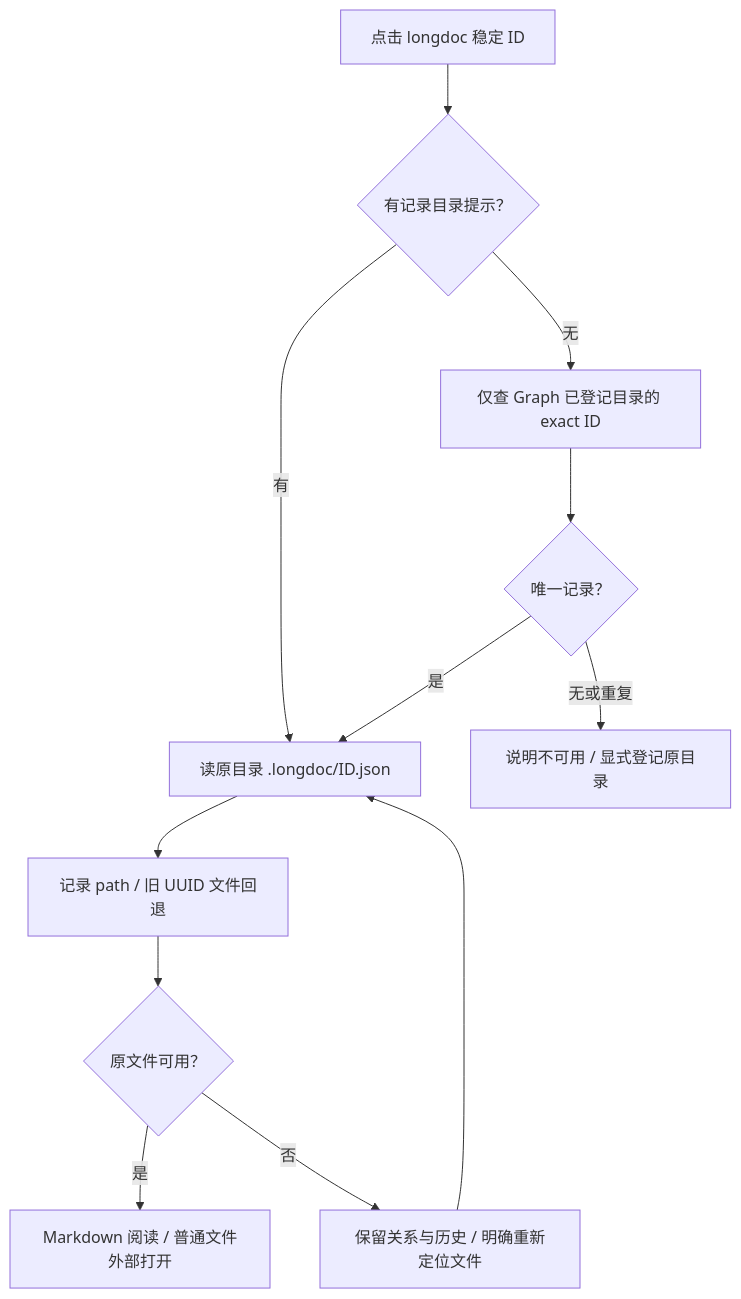
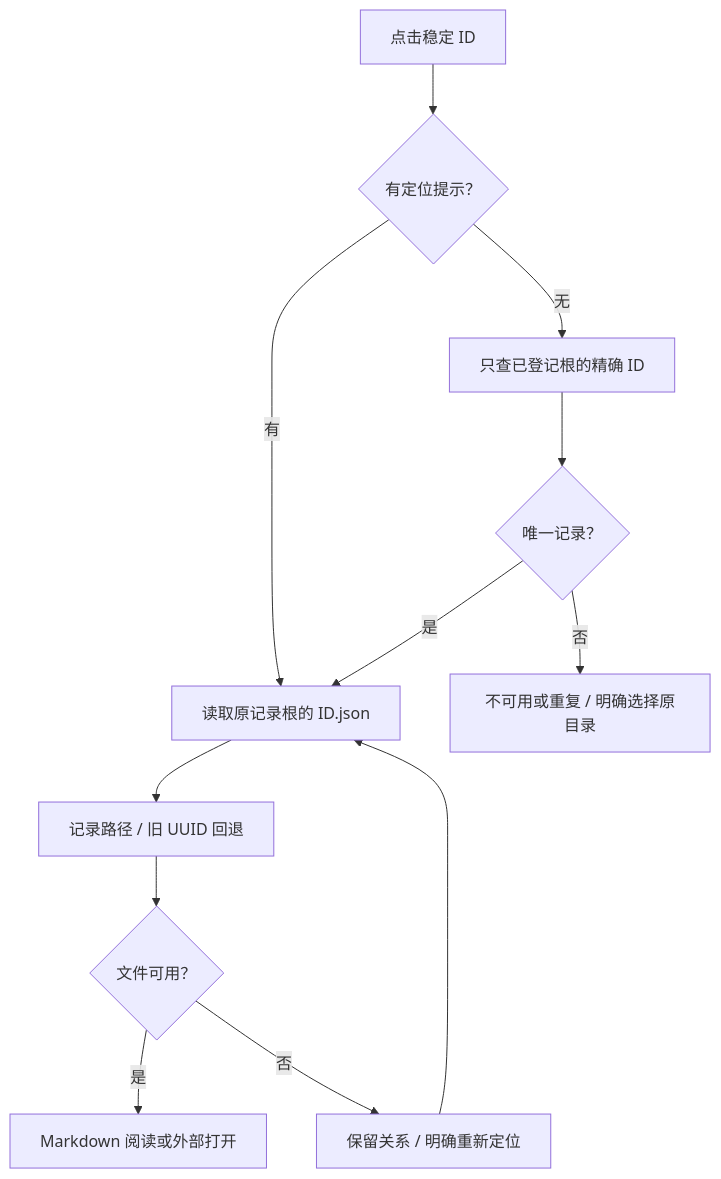
The third of 5 diagrams in docs/architecture/materials-module-architecture.md (wrd233/logseq-task-manager), drawn with Mermaid before and after one commit. The commit also changed other lines of this file and 37 other files, not shown here.

````diff
--- a/docs/architecture/materials-module-architecture.md
+++ b/docs/architecture/materials-module-architecture.md
@@ -70,14 +70,14 @@
 ```mermaid
 flowchart TB
-  Link[点击 longdoc 稳定 ID] --> Hint{有记录目录提示？}
-  Hint -->|有| Exact[读原目录 .longdoc/ID.json]
-  Hint -->|无| Roots[仅查 Graph 已登记目录的 exact ID]
-  Roots --> Unique{唯一记录？}
+  Link[点击稳定 ID] --> Hint{有定位提示？}
+  Hint -->|有| Exact[读取原记录根的 ID.json]
+  Hint -->|无| Known[只查已登记根的精确 ID]
+  Known --> Unique{唯一记录？}
   Unique -->|是| Exact
-  Unique -->|无或重复| Missing[说明不可用 / 显式登记原目录]
-  Exact --> Path[记录 path / 旧 UUID 文件回退]
-  Path --> Available{原文件可用？}
-  Available -->|是| Read[Markdown 阅读 / 普通文件外部打开]
-  Available -->|否| Relocate[保留关系与历史 / 明确重新定位文件]
+  Unique -->|否| Problem[不可用或重复 / 明确选择原目录]
+  Exact --> Path[记录路径 / 旧 UUID 回退]
+  Path --> Available{文件可用？}
+  Available -->|是| Read[Markdown 阅读或外部打开]
+  Available -->|否| Relocate[保留关系 / 明确重新定位]
   Relocate --> Exact
 ```
````
